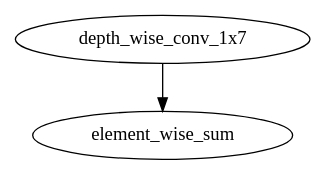
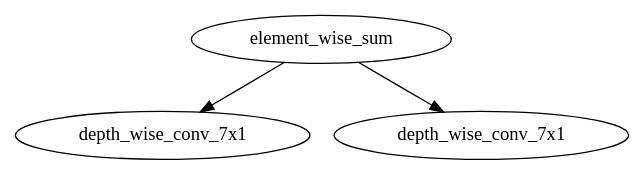
The diagram in geneNas/cifar10.idv_1.ADF_0.gv (huydang2k/genenas_cv_implement), drawn with Graphviz before and after one commit. The commit also changed 13 other files, not shown here.

```diff
--- a/geneNas/cifar10.idv_1.ADF_0.gv
+++ b/geneNas/cifar10.idv_1.ADF_0.gv
@@ -1,6 +1,8 @@
 // Best solution
 digraph {
-	node_1 [label=depth_wise_conv_1x7]
-	node_2 [label=element_wise_sum]
+	node_1 [label=element_wise_sum]
+	node_2 [label=depth_wise_conv_7x1]
 	node_1 -> node_2
+	node_3 [label=depth_wise_conv_7x1]
+	node_1 -> node_3
 }
```
